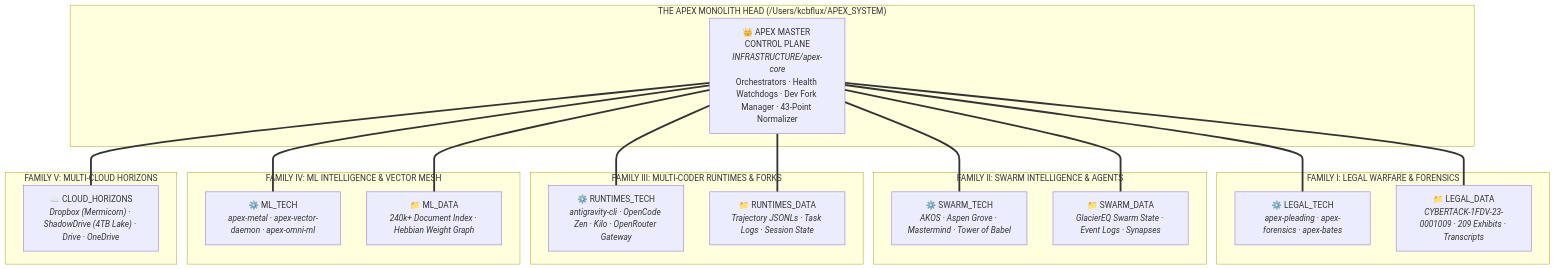
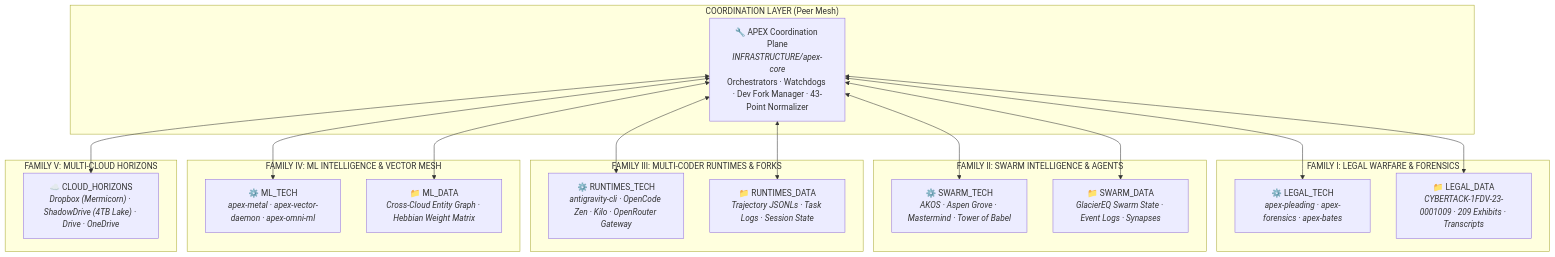
One commit to GlacierEQ/apex-core changed the second of 3 diagrams in AGENTS.md. Above: the diagram before and after it, drawn with Mermaid. The commit also changed other lines of this file, not shown here.

````diff
--- a/AGENTS.md
+++ b/AGENTS.md
@@ -98,40 +98,40 @@
 ```mermaid
 graph TD
-    subgraph "THE APEX MONOLITH HEAD (/Users/kcbflux/APEX_SYSTEM)"
-        HEAD["👑 APEX MASTER CONTROL PLANE<br/><i>INFRASTRUCTURE/apex-core</i><br/>Orchestrators · Health Watchdogs · Dev Fork Manager · 43-Point Normalizer"]
+    subgraph "COORDINATION LAYER (Peer Mesh)"
+        HEAD["🔧 APEX Coordination Plane<br/><i>INFRASTRUCTURE/apex-core</i><br/>Orchestrators · Watchdogs · Dev Fork Manager · 43-Point Normalizer"]
     end
 
     subgraph "FAMILY I: LEGAL WARFARE & FORENSICS"
         LT["⚙️ LEGAL_TECH<br/><i>apex-pleading · apex-forensics · apex-bates</i>"]
         LD["📁 LEGAL_DATA<br/><i>CYBERTACK-1FDV-23-0001009 · 209 Exhibits · Transcripts</i>"]
     end
 
     subgraph "FAMILY II: SWARM INTELLIGENCE & AGENTS"
         ST["⚙️ SWARM_TECH<br/><i>AKOS · Aspen Grove · Mastermind · Tower of Babel</i>"]
         SD["📁 SWARM_DATA<br/><i>GlacierEQ Swarm State · Event Logs · Synapses</i>"]
     end
 
     subgraph "FAMILY III: MULTI-CODER RUNTIMES & FORKS"
         RT["⚙️ RUNTIMES_TECH<br/><i>antigravity-cli · OpenCode Zen · Kilo · OpenRouter Gateway</i>"]
         RD["📁 RUNTIMES_DATA<br/><i>Trajectory JSONLs · Task Logs · Session State</i>"]
     end
 
     subgraph "FAMILY IV: ML INTELLIGENCE & VECTOR MESH"
         MT["⚙️ ML_TECH<br/><i>apex-metal · apex-vector-daemon · apex-omni-ml</i>"]
-        MD["📁 ML_DATA<br/><i>240k+ Document Index · Hebbian Weight Graph</i>"]
+        MD["📁 ML_DATA<br/><i>Cross-Cloud Entity Graph · Hebbian Weight Matrix</i>"]
     end
 
     subgraph "FAMILY V: MULTI-CLOUD HORIZONS"
-        CH["☁️ CLOUD_HORIZONS<br/><i>Dropbox (Mermicorn) · ShadowDrive (4TB Lake) · Drive · OneDrive</i>"]
+        CH["☁️ CLOUD_HORIZONS<br/><i>Dropbox (Mermicorn) · ShadowDrive (4TB Lake) · Drive · OneDrive</li>"]
     end
 
-    HEAD === LT
-    HEAD === LD
-    HEAD === ST
-    HEAD === SD
-    HEAD === RT
-    HEAD === RD
-    HEAD === MT
-    HEAD === MD
-    HEAD === CH
+    HEAD <--> LT
+    HEAD <--> LD
+    HEAD <--> ST
+    HEAD <--> SD
+    HEAD <--> RT
+    HEAD <--> RD
+    HEAD <--> MT
+    HEAD <--> MD
+    HEAD <--> CH
 ```
````
